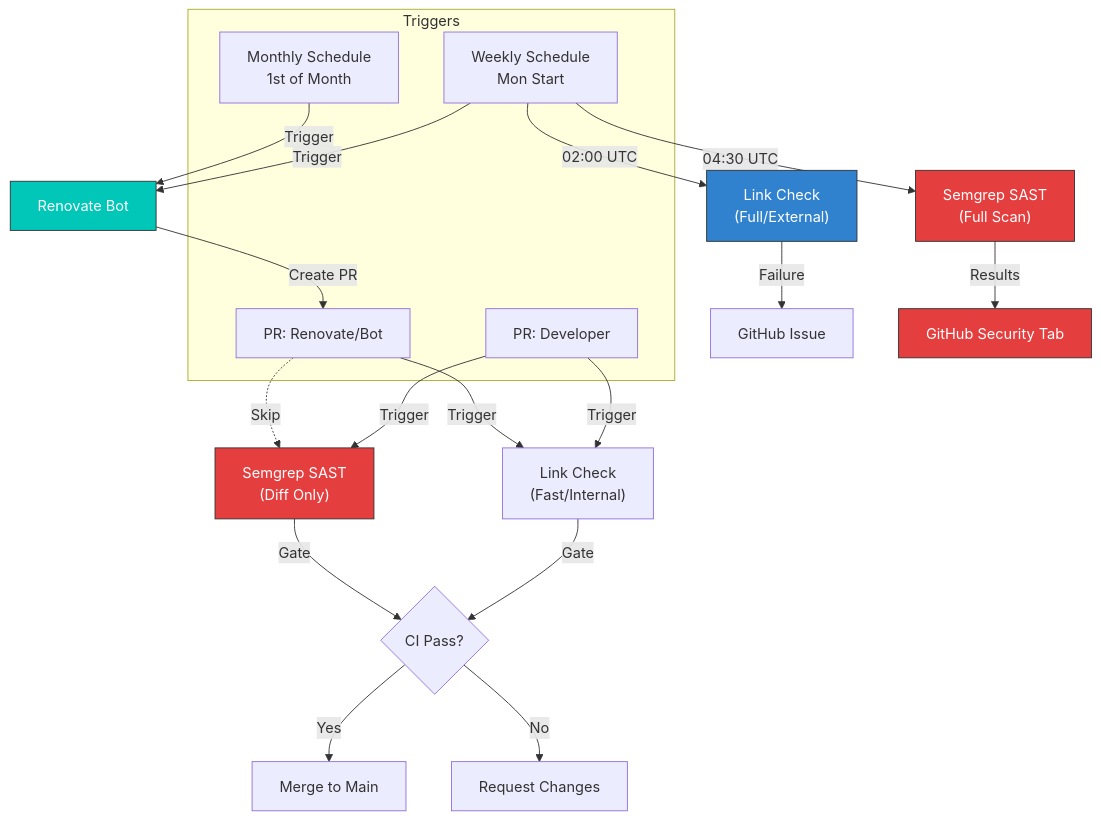
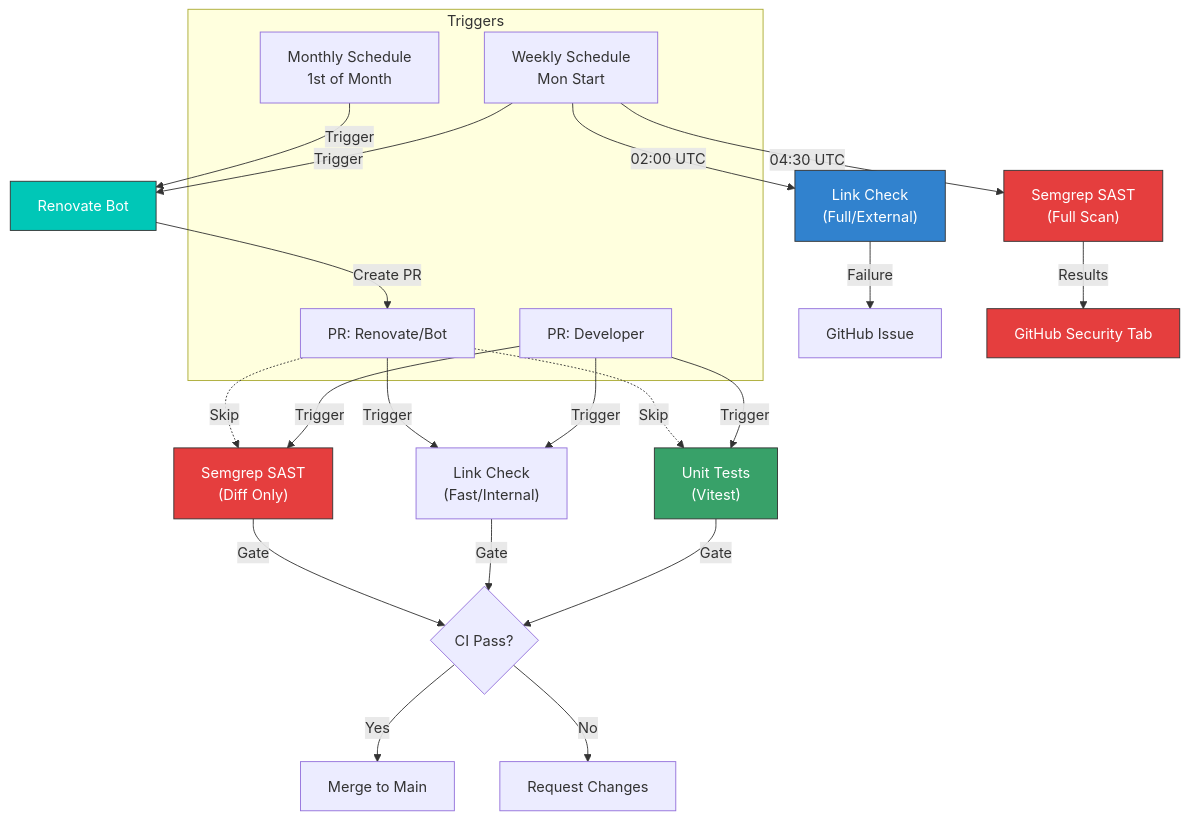
Before and after one commit to team4procoaching/website: the diagram in docs/MAINTENANCE.md, drawn with Mermaid. The commit also changed other lines of this file and 14 other files, not shown here.

First line of the commit message:
docs(epic): restructure AI governance, centralize architecture, and enforce commitlint

````diff
--- a/docs/MAINTENANCE.md
+++ b/docs/MAINTENANCE.md
@@ -43,38 +44,42 @@
 ```mermaid
 graph TD
     subgraph "Triggers"
         Weekly[Weekly Schedule<br/>Mon Start]
         Monthly[Monthly Schedule<br/>1st of Month]
         PR_Human[PR: Developer]
         PR_Bot[PR: Renovate/Bot]
     end
 
     Weekly -->|Trigger| Renovate[Renovate Bot]
     Monthly -->|Trigger| Renovate
 
     Renovate -->|Create PR| PR_Bot
 
+    PR_Human -->|Trigger| Tests["Unit Tests<br/>(Vitest)"]
     PR_Human -->|Trigger| LinkFast["Link Check<br/>(Fast/Internal)"]
     PR_Human -->|Trigger| SemgrepDiff["Semgrep SAST<br/>(Diff Only)"]
 
     PR_Bot -->|Trigger| LinkFast
     PR_Bot -.->|Skip| SemgrepDiff
+    PR_Bot -.->|Skip| Tests
 
     Weekly -->|02:00 UTC| LinkFull["Link Check<br/>(Full/External)"]
     Weekly -->|04:30 UTC| SemgrepFull["Semgrep SAST<br/>(Full Scan)"]
 
-    LinkFast -->|Gate| CI_Gate{CI Pass?}
+    Tests -->|Gate| CI_Gate{CI Pass?}
+    LinkFast -->|Gate| CI_Gate
     SemgrepDiff -->|Gate| CI_Gate
 
     LinkFull -->|Failure| Issue[GitHub Issue]
     SemgrepFull -->|Results| SecTab[GitHub Security Tab]
 
     CI_Gate -->|Yes| Merge[Merge to Main]
     CI_Gate -->|No| Fix[Request Changes]
 
     style SemgrepDiff fill:#e53e3e,stroke:#333,color:#fff
     style SemgrepFull fill:#e53e3e,stroke:#333,color:#fff
     style SecTab fill:#e53e3e,stroke:#333,color:#fff
     style Renovate fill:#00c7b7,stroke:#333,color:#fff
     style LinkFull fill:#3182ce,stroke:#333,color:#fff
+    style Tests fill:#38a169,stroke:#333,color:#fff
 ```
````
